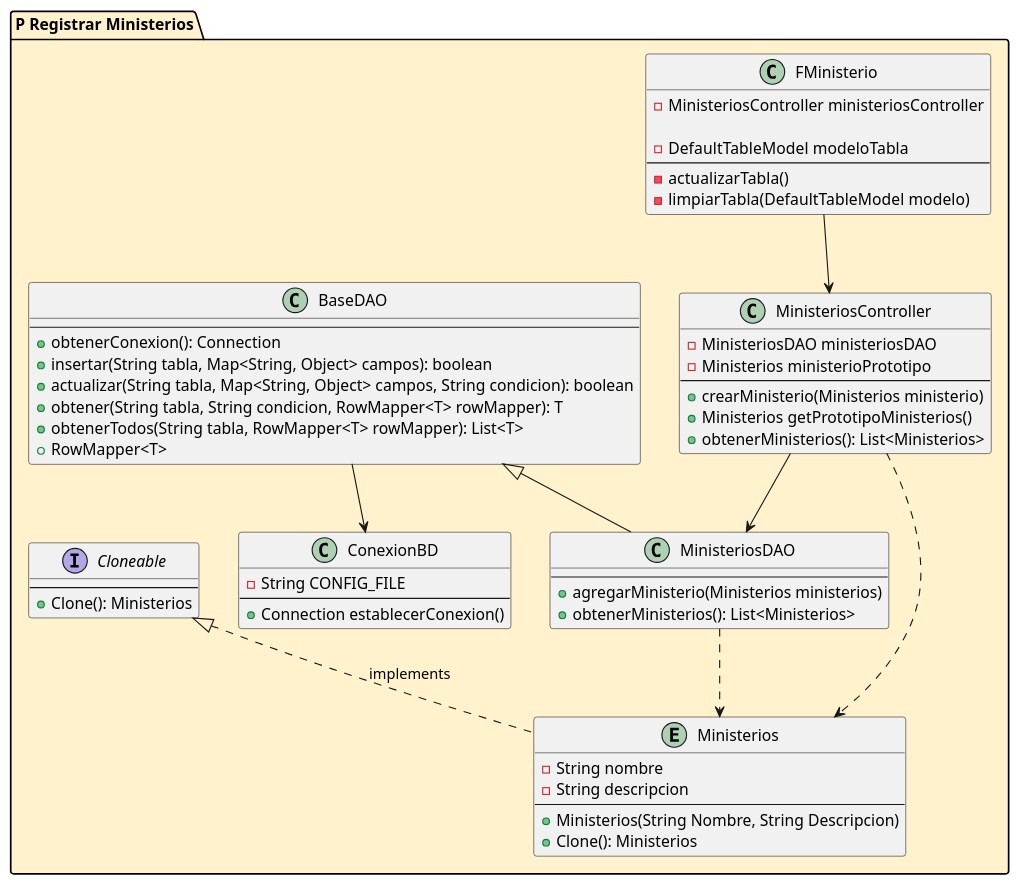
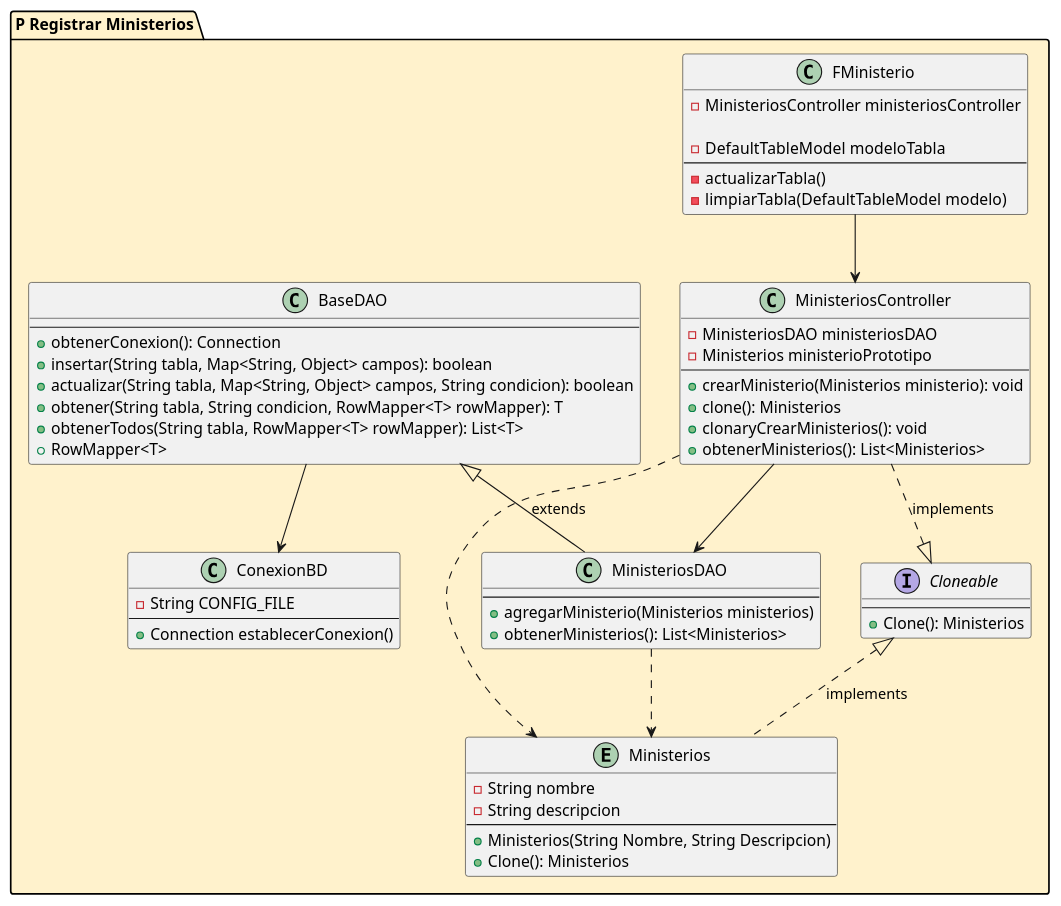
One commit to jeulate/proyig1 changed the diagram in src/utils/Mministerio.puml. Above: the diagram before and after it, drawn with PlantUML. The commit also changed 11 other files, not shown here.

```diff
--- a/src/utils/Mministerio.puml
+++ b/src/utils/Mministerio.puml
@@ -1,62 +1,64 @@
 @startuml
 package "P Registrar Ministerios" #FFF2CC {
   class "FMinisterio" as fministerio {
   -MinisteriosController ministeriosController
 
   -DefaultTableModel modeloTabla
   --
   -actualizarTabla()
   -limpiarTabla(DefaultTableModel modelo)
   }
   class "MinisteriosController" as ctrministerio{
   -MinisteriosDAO ministeriosDAO
   -Ministerios ministerioPrototipo
   --
-  +crearMinisterio(Ministerios ministerio)
-  +Ministerios getPrototipoMinisterios()
+  +crearMinisterio(Ministerios ministerio): void
+  +clone(): Ministerios
+  +clonaryCrearMinisterios(): void
   +obtenerMinisterios(): List<Ministerios>
   }
 
   class "MinisteriosDAO" as daoministerios{
   --
   +agregarMinisterio(Ministerios ministerios)
   +obtenerMinisterios(): List<Ministerios>
   }
 
   class "BaseDAO" as daobase {
   --
   +obtenerConexion(): Connection
   +insertar(String tabla, Map<String, Object> campos): boolean
   +actualizar(String tabla, Map<String, Object> campos, String condicion): boolean
   +obtener(String tabla, String condicion, RowMapper<T> rowMapper): T
   +obtenerTodos(String tabla, RowMapper<T> rowMapper): List<T>
   +RowMapper<T>
   }
  class "ConexionBD" as bdconexion{
    -String CONFIG_FILE
    --
    +Connection establecerConexion()
   }
   entity "Ministerios" as ministerios{
       -String nombre
       -String descripcion
       --
       +Ministerios(String Nombre, String Descripcion)
       +Clone(): Ministerios
   }
   interface "Cloneable" as Prototype{
   --
   +Clone(): Ministerios
   }
 
   fministerio --> ctrministerio
   ctrministerio --> daoministerios
-  daobase <|-- daoministerios
+  daobase <|-- daoministerios : extends
   ctrministerio ..> ministerios
   daoministerios ..> ministerios
   daobase --> bdconexion
   Prototype<|.. ministerios : implements
+  ctrministerio ..|> Prototype : implements
 }
 
 
 @enduml
```
